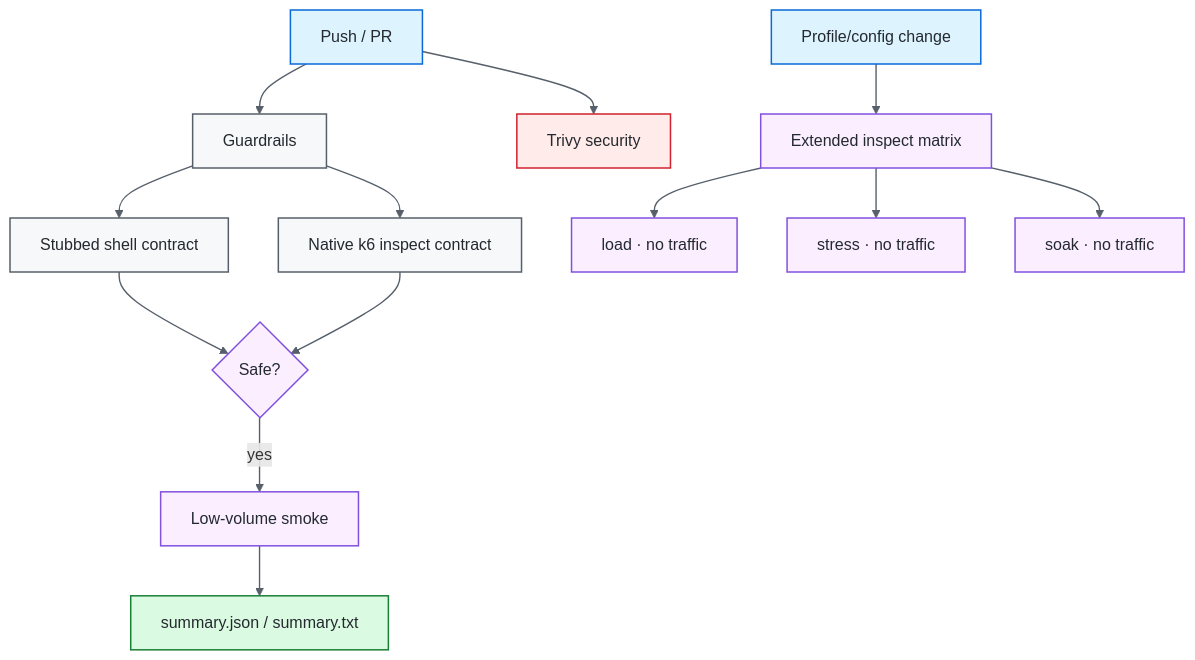
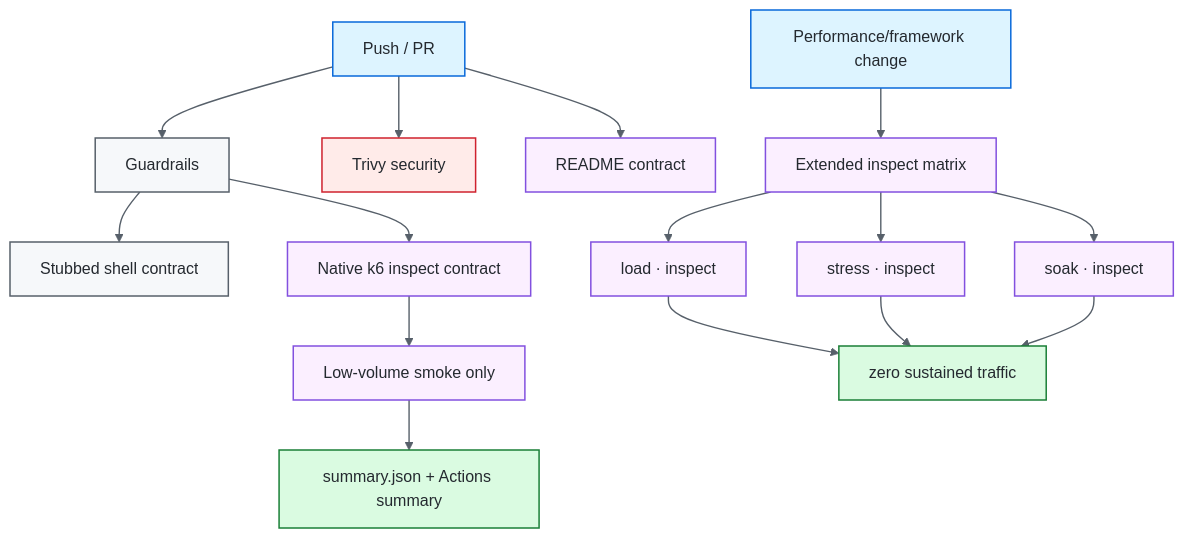
Before and after one commit to portyu9/qa-automation-load-k6: the third of 3 diagrams in README.md, drawn with Mermaid. The commit also changed other lines of this file and 2 other files, not shown here.

````diff
--- a/README.md
+++ b/README.md
@@ -369,28 +372,29 @@
 ```mermaid
 flowchart TD
     PR[Push / PR] --> G[Guardrails]
     G --> SHELL[Stubbed shell contract]
     G --> INSPECT[Native k6 inspect contract]
-    SHELL --> OK{Safe?}
-    INSPECT --> OK
-    OK -->|yes| SMOKE[Low-volume smoke]
-    SMOKE --> SUM[summary.json / summary.txt]
-
+    INSPECT --> SMOKE[Low-volume smoke only]
     PR --> SEC[Trivy security]
-    PROFILECHANGE[Profile/config change] --> EXT[Extended inspect matrix]
-    EXT --> L[load · no traffic]
-    EXT --> ST[stress · no traffic]
-    EXT --> SO[soak · no traffic]
+    PR --> DOCS[README contract]
+    CHANGE[Performance/framework change] --> EXT[Extended inspect matrix]
+    EXT --> L[load · inspect]
+    EXT --> ST[stress · inspect]
+    EXT --> SO[soak · inspect]
+    SMOKE --> EV[summary.json + Actions summary]
+    L --> ZERO[zero sustained traffic]
+    ST --> ZERO
+    SO --> ZERO
 
     classDef entry fill:#ddf4ff,stroke:#0969da,color:#24292f,stroke-width:1.5px;
     classDef core fill:#f6f8fa,stroke:#57606a,color:#24292f,stroke-width:1.5px;
     classDef gate fill:#fbefff,stroke:#8250df,color:#24292f,stroke-width:1.5px;
     classDef evidence fill:#dafbe1,stroke:#1a7f37,color:#24292f,stroke-width:1.5px;
     classDef security fill:#ffebe9,stroke:#cf222e,color:#24292f,stroke-width:1.5px;
-    class PR,PROFILECHANGE entry;
-    class G,SHELL,INSPECT core;
-    class OK,SMOKE,EXT,L,ST,SO gate;
+    class PR,CHANGE entry;
+    class G,SHELL core;
+    class INSPECT,SMOKE,EXT,L,ST,SO,DOCS gate;
     class SEC security;
-    class SUM evidence;
+    class EV,ZERO evidence;
     linkStyle default stroke:#57606a,stroke-width:1.4px;
 ```
````
